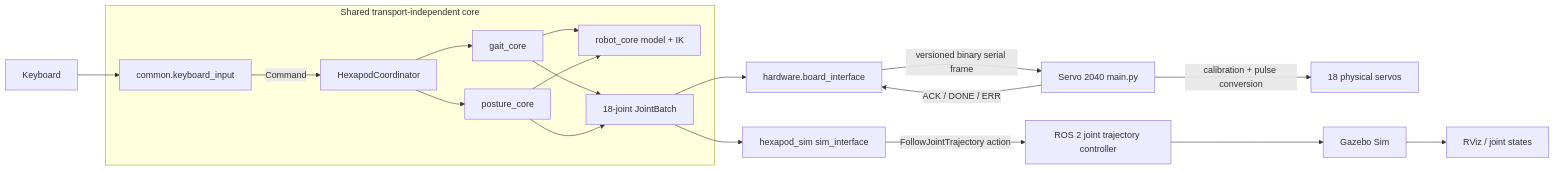
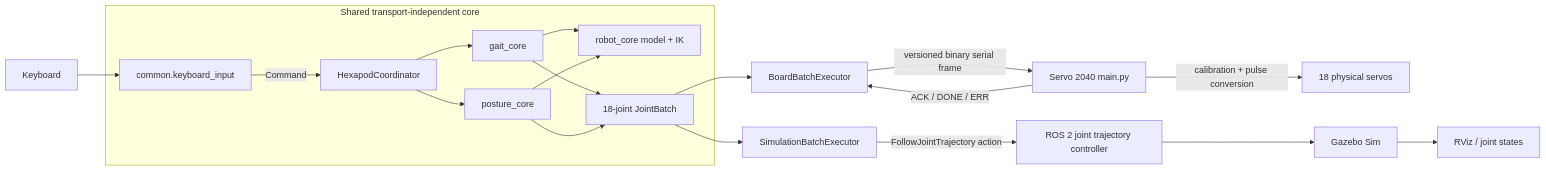
Before and after one commit to A7med205/ROSBug-Hexapod: the first of 2 diagrams in README.md, drawn with Mermaid. The commit also changed other lines of this file and 13 other files, not shown here.

````diff
--- a/README.md
+++ b/README.md
@@ -81,23 +85,23 @@
 ```mermaid
 flowchart LR
     subgraph Shared transport-independent core
         KI[common.keyboard_input] -->|Command| COORD[HexapodCoordinator]
         COORD --> GAIT[gait_core]
         COORD --> POSTURE[posture_core]
         GAIT --> MODEL[robot_core model + IK]
         POSTURE --> MODEL
         GAIT --> BATCH[18-joint JointBatch]
         POSTURE --> BATCH
     end
 
     KB[Keyboard] --> KI
-    BATCH --> HW[hardware.board_interface]
+    BATCH --> HW[BoardBatchExecutor]
     HW -->|versioned binary serial frame| BOARD[Servo 2040 main.py]
     BOARD -->|calibration + pulse conversion| SERVOS[18 physical servos]
     BOARD -->|ACK / DONE / ERR| HW
 
-    BATCH --> SIM[hexapod_sim sim_interface]
+    BATCH --> SIM[SimulationBatchExecutor]
     SIM -->|FollowJointTrajectory action| ROSCTRL[ROS 2 joint trajectory controller]
     ROSCTRL --> GZ[Gazebo Sim]
     GZ --> RVIZ[RViz / joint states]
 ```
````
